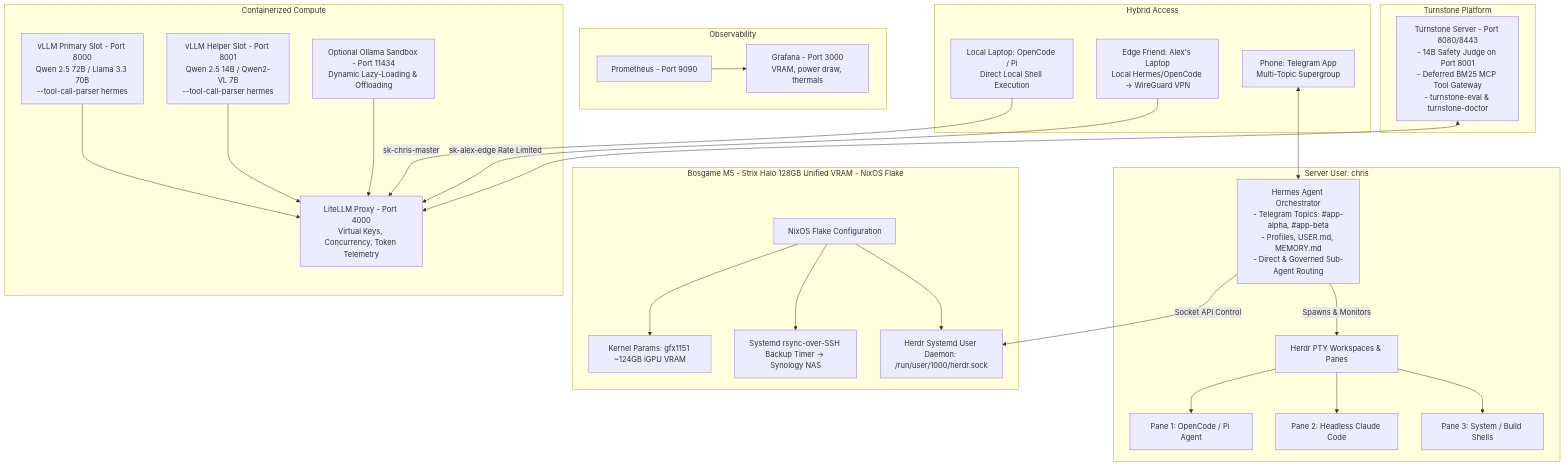
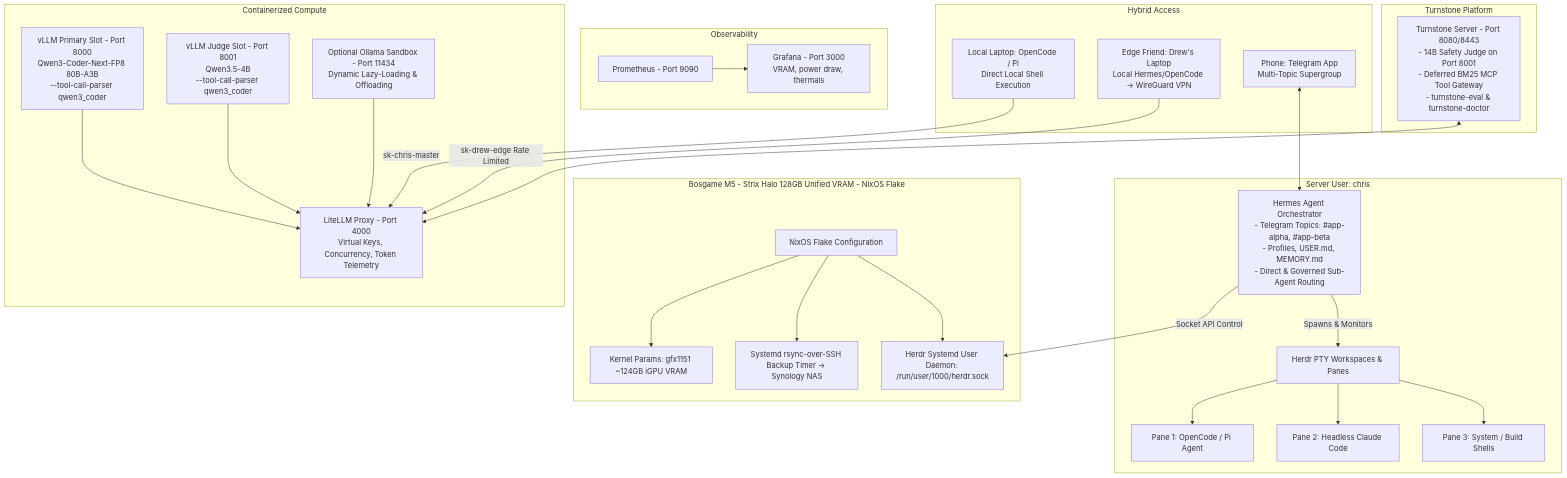
Before and after one commit to chrisjohnson/local-ai-machine: the first of 2 diagrams in README.md, drawn with Mermaid. The commit also changed other lines of this file and 2 other files, not shown here.

````diff
--- a/README.md
+++ b/README.md
@@ -48,57 +48,57 @@
 ```mermaid
 flowchart TD
     subgraph Host OS & Hardware [Bosgame M5 - Strix Halo 128GB Unified VRAM - NixOS Flake]
         A[NixOS Flake Configuration] --> B[Kernel Params: gfx1151 ~124GB iGPU VRAM]
         A --> C[Systemd rsync-over-SSH Backup Timer -> Synology NAS]
         A --> D[Herdr Systemd User Daemon: /run/user/1000/herdr.sock]
     end
 
     subgraph Inference & Gateway Layer [Containerized Compute]
-        E[vLLM Primary Slot - Port 8000\nQwen 2.5 72B / Llama 3.3 70B\n--tool-call-parser hermes]
-        F[vLLM Helper Slot - Port 8001\nQwen 2.5 14B / Qwen2-VL 7B\n--tool-call-parser hermes]
+        E[vLLM Primary Slot - Port 8000\nQwen3-Coder-Next-FP8 80B-A3B\n--tool-call-parser qwen3_coder]
+        F[vLLM Judge Slot - Port 8001\nQwen3.5-4B\n--tool-call-parser qwen3_coder]
         G[Optional Ollama Sandbox - Port 11434\nDynamic Lazy-Loading & Offloading]
 
         H[LiteLLM Proxy - Port 4000\nVirtual Keys, Concurrency, Token Telemetry]
 
         E --> H
         F --> H
         G --> H
     end
 
     subgraph Governance & Tool Services [Turnstone Platform]
         I[Turnstone Server - Port 8080/8443\n- 14B Safety Judge on Port 8001\n- Deferred BM25 MCP Tool Gateway\n- turnstone-eval & turnstone-doctor]
         I <--> H
     end
 
     subgraph User Workspace & Control Plane [Server User: chris]
         J[Hermes Agent Orchestrator\n- Telegram Topics: #app-alpha, #app-beta\n- Profiles, USER.md, MEMORY.md\n- Direct & Governed Sub-Agent Routing]
 
         K[Herdr PTY Workspaces & Panes]
         K1[Pane 1: OpenCode / Pi Agent]
         K2[Pane 2: Headless Claude Code]
         K3[Pane 3: System / Build Shells]
 
         K --> K1
         K --> K2
         K --> K3
 
         J -- Socket API Control --> D
         J -- Spawns & Monitors --> K
     end
 
     subgraph Telemetry [Observability]
         P[Prometheus - Port 9090]
         Q[Grafana - Port 3000\nVRAM, power draw, thermals]
         P --> Q
     end
 
     subgraph External Clients & Multi-Tenancy [Hybrid Access]
         L[Local Laptop: OpenCode / Pi\nDirect Local Shell Execution]
-        M[Edge Friend: Alex's Laptop\nLocal Hermes/OpenCode -> WireGuard VPN]
+        M[Edge Friend: Drew's Laptop\nLocal Hermes/OpenCode -> WireGuard VPN]
         N[Phone: Telegram App\nMulti-Topic Supergroup]
 
         L -- sk-chris-master --> H
-        M -- sk-alex-edge Rate Limited --> H
+        M -- sk-drew-edge Rate Limited --> H
         N <--> J
     end
 ```
````
